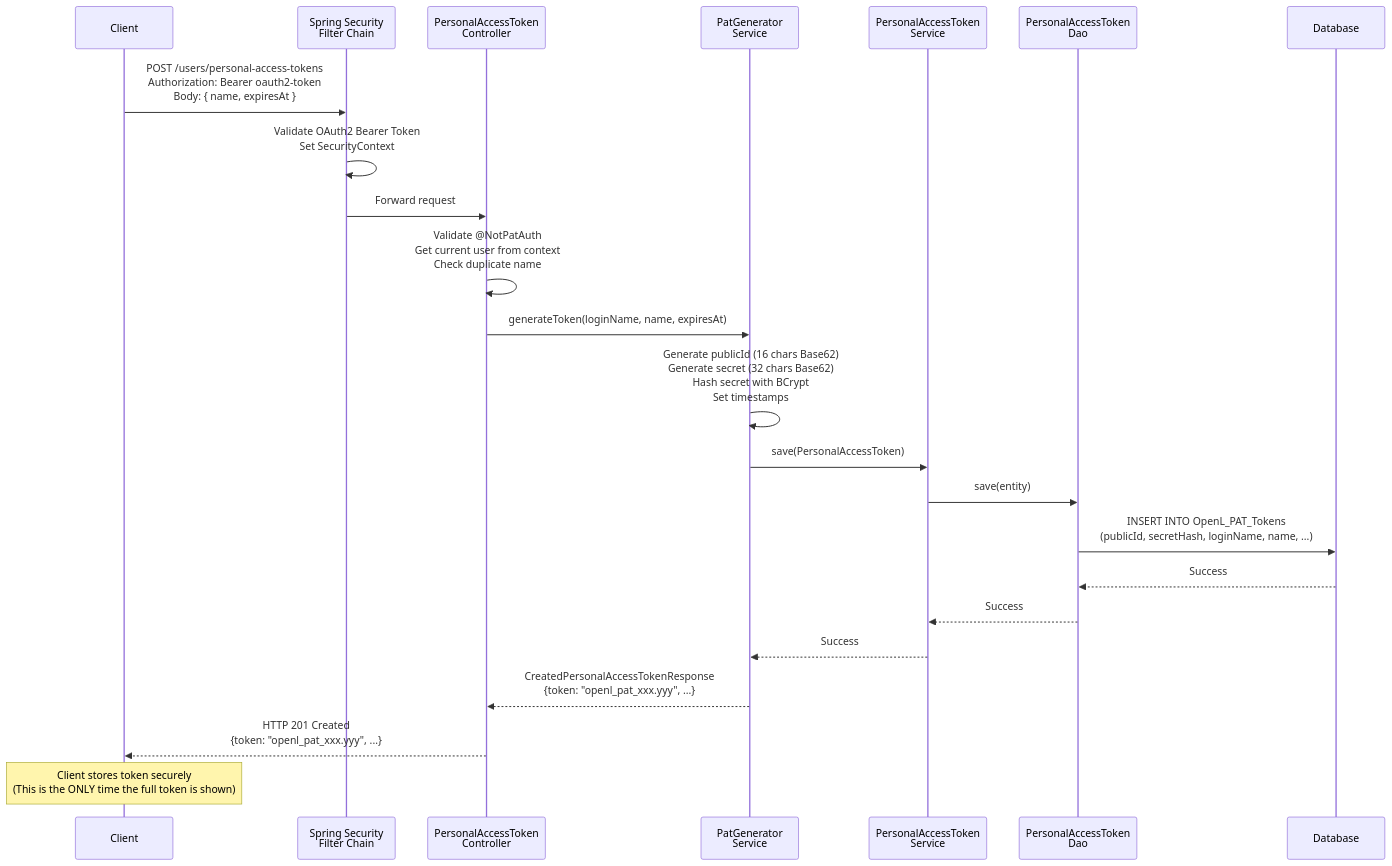
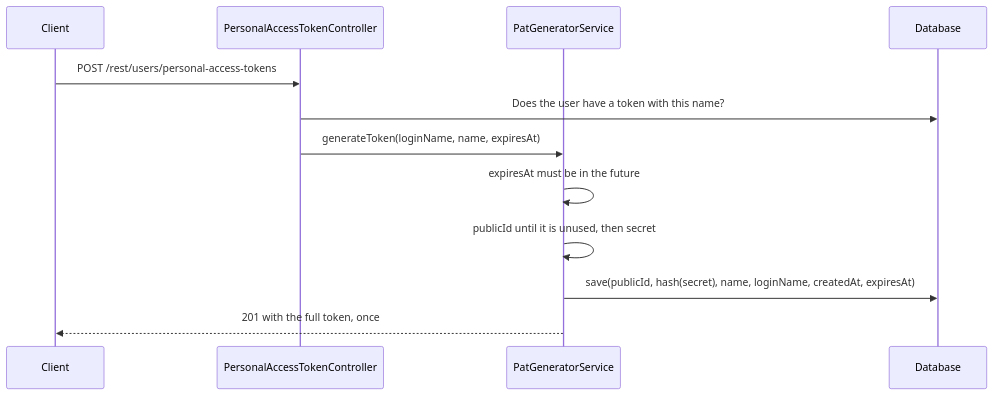
Before and after one commit to openl-tablets/openl-tablets: the first of 2 diagrams in Docs/api/personal-access-token-architecture.md, drawn with Mermaid. The commit also changed other lines of this file and 1 other file, not shown here.

Commit message:
Rewrite the personal access token pages from the code

````diff
--- a/Docs/api/personal-access-token-architecture.md
+++ b/Docs/api/personal-access-token-architecture.md
@@ -803,31 +48,14 @@
 ```mermaid
 sequenceDiagram
-    participant Client
-    participant SecurityFilter as Spring Security<br/>Filter Chain
-    participant Controller as PersonalAccessToken<br/>Controller
-    participant Generator as PatGenerator<br/>Service
-    participant CRUDService as PersonalAccessToken<br/>Service
-    participant DAO as PersonalAccessToken<br/>Dao
-    participant DB as Database
-
-    Client->>SecurityFilter: POST /users/personal-access-tokens<br/>Authorization: Bearer oauth2-token<br/>Body: { name, expiresAt }
-    SecurityFilter->>SecurityFilter: Validate OAuth2 Bearer Token<br/>Set SecurityContext
-    SecurityFilter->>Controller: Forward request
-
-    Controller->>Controller: Validate @NotPatAuth<br/>Get current user from context<br/>Check duplicate name
-    Controller->>Generator: generateToken(loginName, name, expiresAt)
-
-    Generator->>Generator: Generate publicId (16 chars Base62)<br/>Generate secret (32 chars Base62)<br/>Hash secret with BCrypt<br/>Set timestamps
-
-    Generator->>CRUDService: save(PersonalAccessToken)
-    CRUDService->>DAO: save(entity)
-    DAO->>DB: INSERT INTO OpenL_PAT_Tokens<br/>(publicId, secretHash, loginName, name, ...)
-    DB-->>DAO: Success
-    DAO-->>CRUDService: Success
-    CRUDService-->>Generator: Success
-
-    Generator-->>Controller: CreatedPersonalAccessTokenResponse<br/>{token: "openl_pat_xxx.yyy", ...}
-    Controller-->>Client: HTTP 201 Created<br/>{token: "openl_pat_xxx.yyy", ...}
-
-    Note over Client: Client stores token securely<br/>(This is the ONLY time the full token is shown)
+    participant C as Client
+    participant K as PersonalAccessTokenController
+    participant G as PatGeneratorService
+    participant D as Database
+    C->>K: POST /rest/users/personal-access-tokens
+    K->>D: Does the user have a token with this name?
+    K->>G: generateToken(loginName, name, expiresAt)
+    G->>G: expiresAt must be in the future
+    G->>G: publicId until it is unused, then secret
+    G->>D: save(publicId, hash(secret), name, loginName, createdAt, expiresAt)
+    G-->>C: 201 with the full token, once
 ```
````
